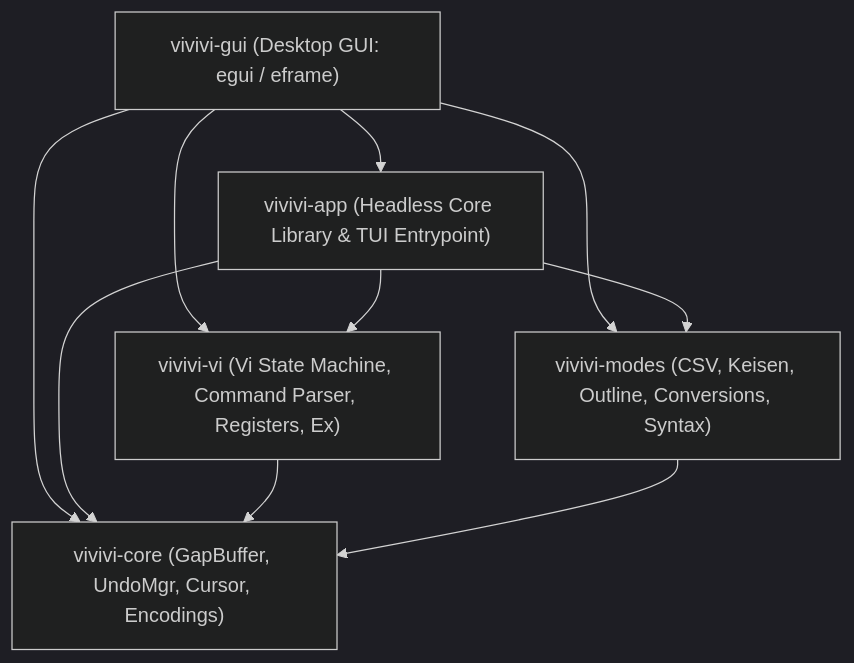
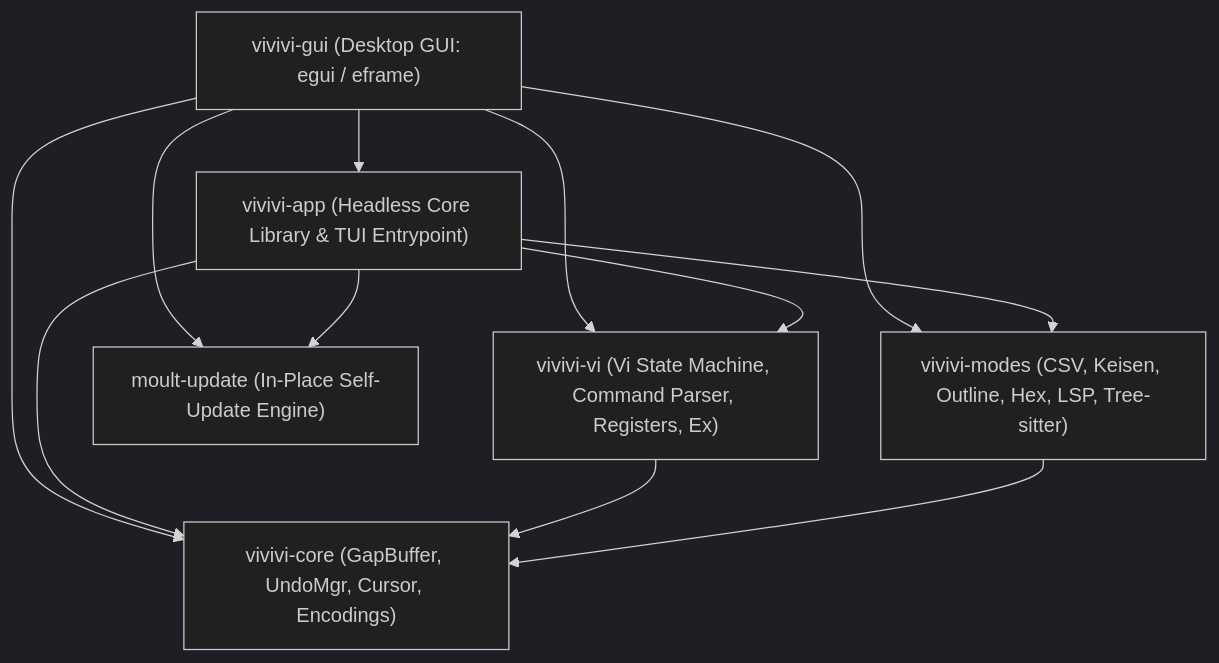
One commit to tkshnkgwr/vivivi changed the diagram in README.md. Above: the diagram before and after it, drawn with Mermaid (dark theme). The commit also changed other lines of this file and 60 other files, not shown here.

````diff
--- a/README.md
+++ b/README.md
@@ -109,18 +117,21 @@
 ```mermaid
 graph TD
     Gui["vivivi-gui (Desktop GUI: egui / eframe)"]
     App["vivivi-app (Headless Core Library & TUI Entrypoint)"]
     Core["vivivi-core (GapBuffer, UndoMgr, Cursor, Encodings)"]
     Vi["vivivi-vi (Vi State Machine, Command Parser, Registers, Ex)"]
-    Modes["vivivi-modes (CSV, Keisen, Outline, Conversions, Syntax)"]
+    Modes["vivivi-modes (CSV, Keisen, Outline, Hex, LSP, Tree-sitter)"]
+    Moult["moult-update (In-Place Self-Update Engine)"]
 
     Gui --> App
     Gui --> Vi
     Gui --> Modes
     Gui --> Core
+    Gui --> Moult
     App --> Vi
     App --> Modes
     App --> Core
+    App --> Moult
     Vi --> Core
     Modes --> Core
 ```
````
